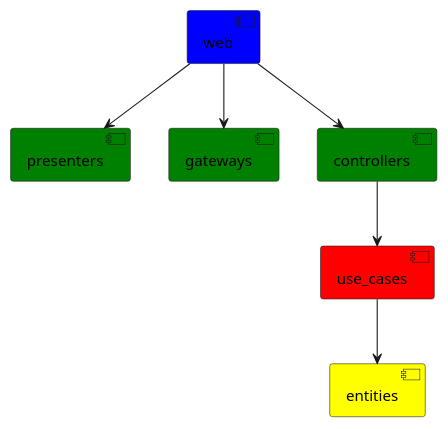
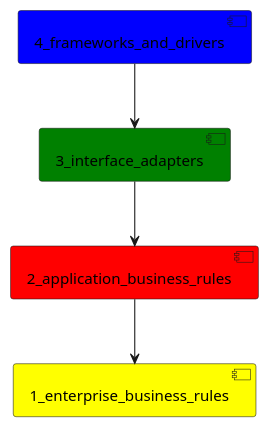
Before and after one commit to silverbirder/try-archunit: the diagram in src/clean_architecture.puml, drawn with PlantUML. The commit also changed 1 other file, not shown here.

Commit message:
🙂 Testing the layering architecture

```diff
--- a/src/clean_architecture.puml
+++ b/src/clean_architecture.puml
@@ -1,14 +1,10 @@
 @startuml
-  component [web] #Blue
-  component [presenters] #Green
-  component [gateways] #Green
-  component [controllers] #Green
-  component [use_cases] #Red
-  component [entities] #Yellow
+  component [4_frameworks_and_drivers] #Blue
+  component [3_interface_adapters] #Green
+  component [2_application_business_rules] #Red
+  component [1_enterprise_business_rules] #Yellow
 
-  web --> presenters
-  web --> controllers
-  web --> gateways
-  controllers --> use_cases
-  use_cases --> entities
+  4_frameworks_and_drivers --> 3_interface_adapters
+  3_interface_adapters --> 2_application_business_rules
+  2_application_business_rules --> 1_enterprise_business_rules
 @enduml
```
